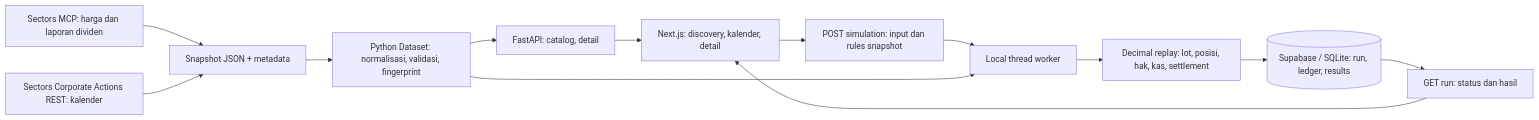
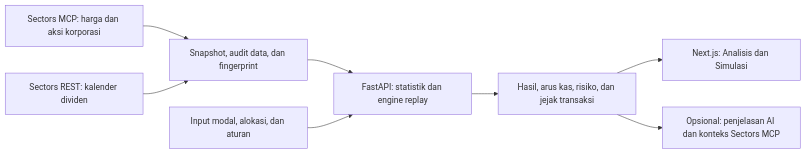
The diagram in README.md (YohanesVito/horizon), drawn with Mermaid before and after one commit. The commit also changed other lines of this file and 6 other files, not shown here.

````diff
--- a/README.md
+++ b/README.md
@@ -119,15 +85,10 @@
 ```mermaid
 flowchart LR
-  MCP[Sectors MCP: harga dan laporan dividen] --> RAW[Snapshot JSON + metadata]
-  REST[Sectors Corporate Actions REST: kalender] --> RAW
-  RAW --> D[Python Dataset: normalisasi, validasi, fingerprint]
-  D --> API[FastAPI: catalog, detail]
-  API --> UI[Next.js: discovery, kalender, detail]
-  UI --> JOB[POST simulation: input dan rules snapshot]
-  JOB --> W[Local thread worker]
-  D --> W
-  W --> ENGINE[Decimal replay: lot, posisi, hak, kas, settlement]
-  ENGINE --> DB[(Supabase / SQLite: run, ledger, results)]
-  DB --> RESULT[GET run: status dan hasil]
-  RESULT --> UI
+  M["Sectors MCP: harga dan aksi korporasi"] --> D["Snapshot, audit data, dan fingerprint"]
+  C["Sectors REST: kalender dividen"] --> D
+  D --> E["FastAPI: statistik dan engine replay"]
+  U["Input modal, alokasi, dan aturan"] --> E
+  E --> R["Hasil, arus kas, risiko, dan jejak transaksi"]
+  R --> UI["Next.js: Analisis dan Simulasi"]
+  R --> AI["Opsional: penjelasan AI dan konteks Sectors MCP"]
 ```
````
